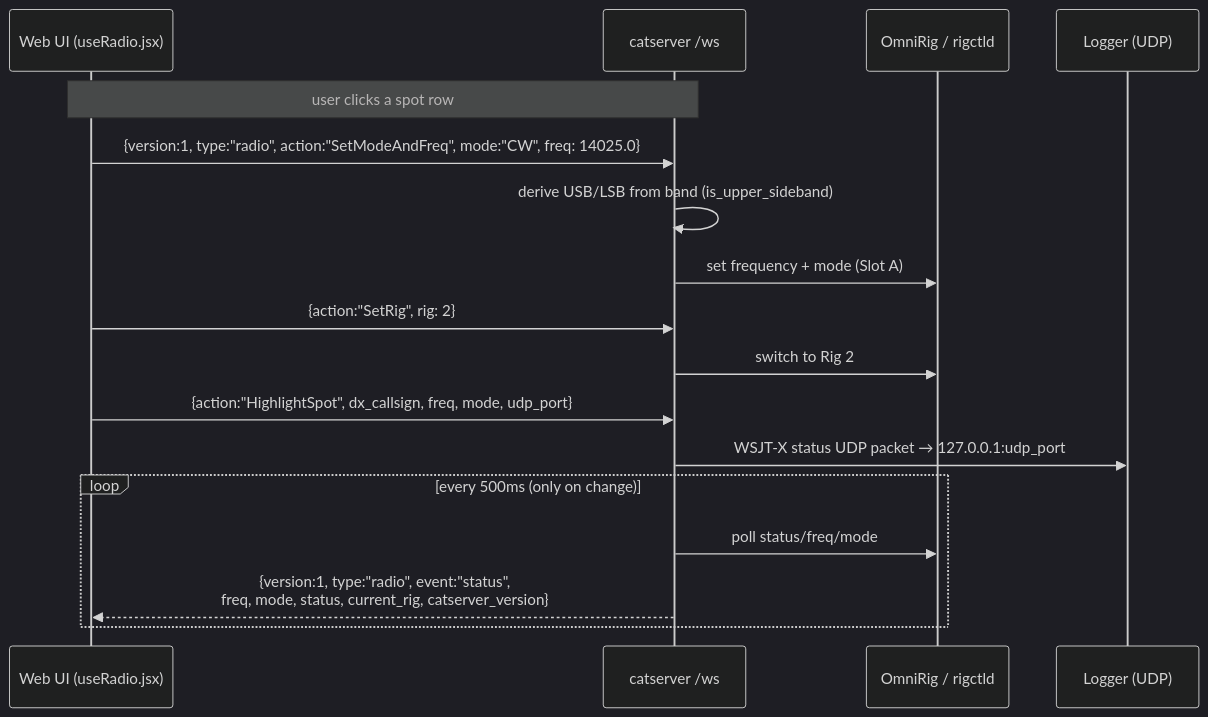
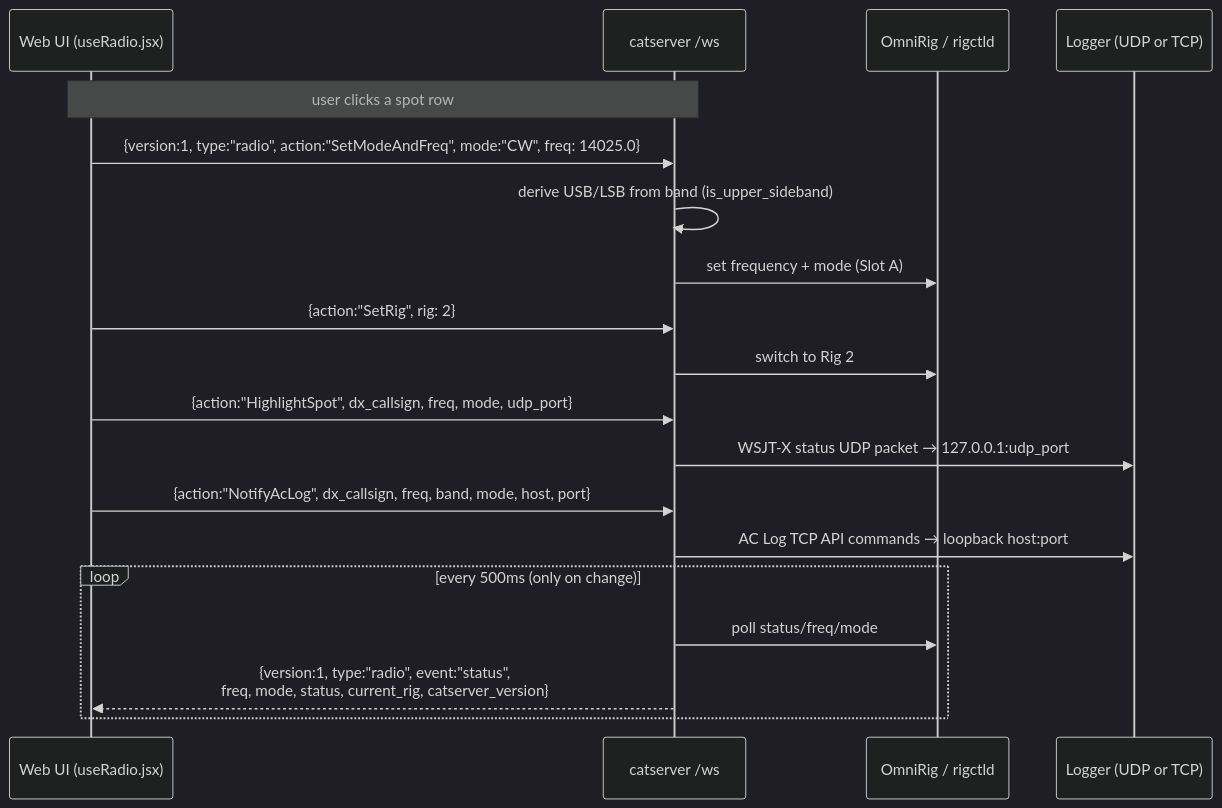
One commit to iarc-il/HolyCluster changed the tenth of 15 diagrams in docs/ARCHITECTURE.md. Above: the diagram before and after it, drawn with Mermaid (dark theme). The commit also changed other lines of this file and 4 other files, not shown here.

````diff
--- a/docs/ARCHITECTURE.md
+++ b/docs/ARCHITECTURE.md
@@ -569,21 +570,23 @@
 ```mermaid
 sequenceDiagram
     participant UI as Web UI (useRadio.jsx)
     participant CS as catserver /ws
     participant RIG as OmniRig / rigctld
-    participant LOG as Logger (UDP)
+    participant LOG as Logger (UDP or TCP)
 
     Note over UI,CS: user clicks a spot row
     UI->>CS: {version:1, type:"radio", action:"SetModeAndFreq", mode:"CW", freq: 14025.0}
     CS->>CS: derive USB/LSB from band (is_upper_sideband)
     CS->>RIG: set frequency + mode (Slot A)
     UI->>CS: {action:"SetRig", rig: 2}
     CS->>RIG: switch to Rig 2
     UI->>CS: {action:"HighlightSpot", dx_callsign, freq, mode, udp_port}
     CS->>LOG: WSJT-X status UDP packet → 127.0.0.1:udp_port
+    UI->>CS: {action:"NotifyAcLog", dx_callsign, freq, band, mode, host, port}
+    CS->>LOG: AC Log TCP API commands → loopback host:port
 
     loop every 500ms (only on change)
         CS->>RIG: poll status/freq/mode
         CS-->>UI: {version:1, type:"radio", event:"status",<br/>freq, mode, status, current_rig, catserver_version}
     end
 ```
````
